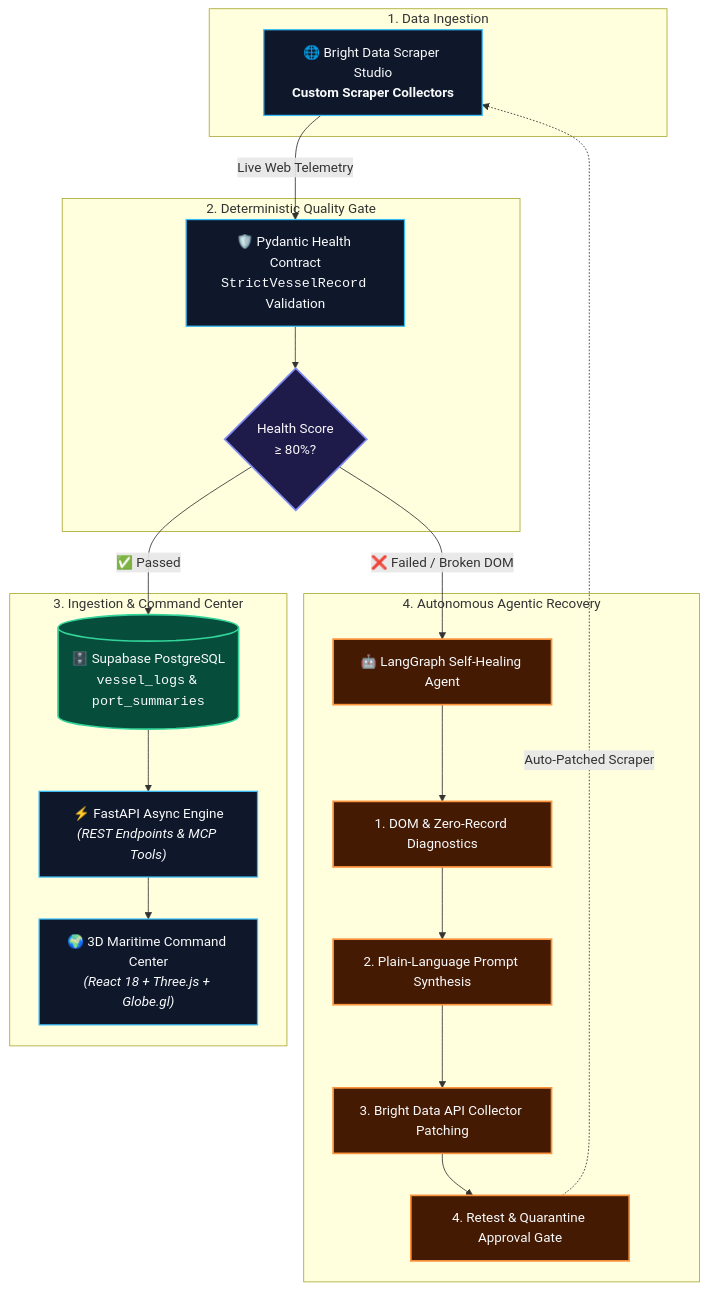
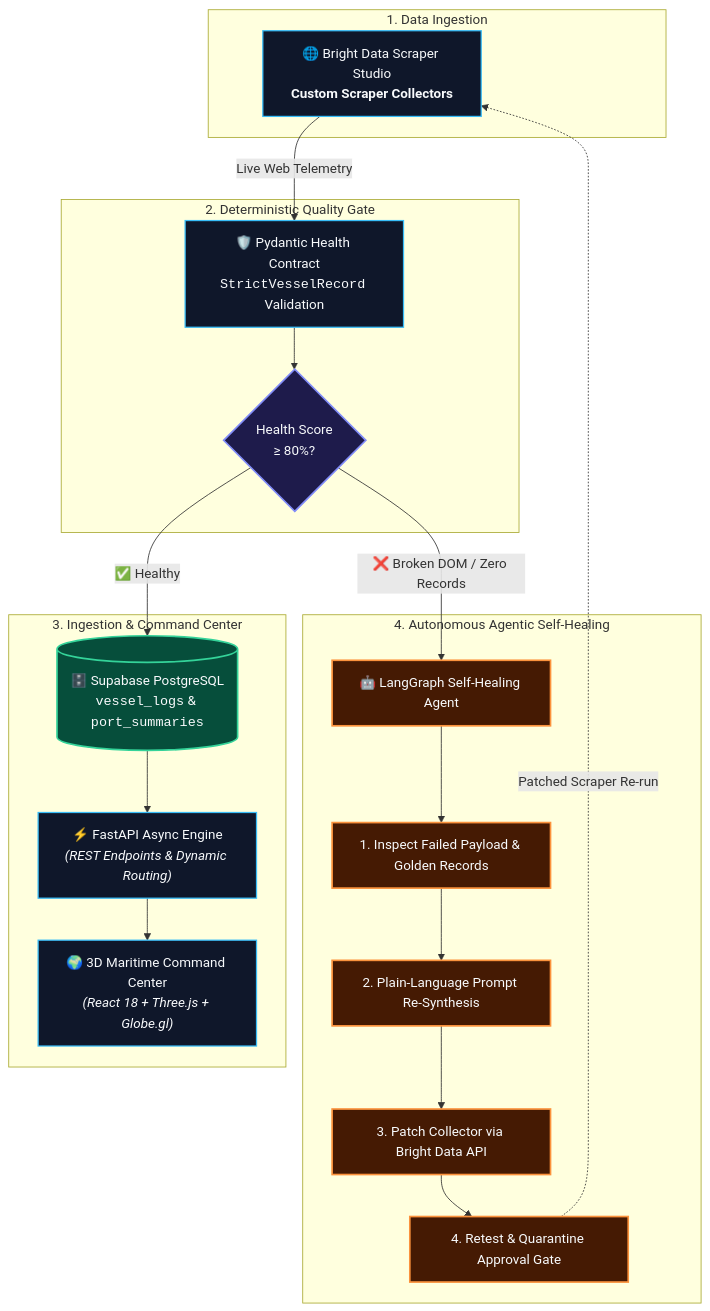
Before and after one commit to poojan-solanki/scrape-verse-hackathone: the diagram in README.md, drawn with Mermaid. The commit also changed other lines of this file and 2 other files, not shown here.

Commit message:
Add Railway URL to README and lazy-load Supabase client

````diff
--- a/README.md
+++ b/README.md
@@ -33,36 +40,36 @@
 ```mermaid
 flowchart TD
     subgraph INGESTION["1. Data Ingestion"]
         BD["🌐 Bright Data Scraper Studio<br/><b>Custom Scraper Collectors</b>"]
     end
 
     subgraph VALIDATION["2. Deterministic Quality Gate"]
         BD -->|Live Web Telemetry| PYD["🛡️ Pydantic Health Contract<br/><code>StrictVesselRecord</code> Validation"]
         PYD --> CHK{"Health Score<br/>&ge; 80%?"}
     end
 
     subgraph PERSISTENCE["3. Ingestion & Command Center"]
-        CHK -->|✅ Passed| SB[("🗄️ Supabase PostgreSQL<br/><code>vessel_logs</code> & <code>port_summaries</code>")]
-        SB --> API["⚡ FastAPI Async Engine<br/><i>(REST Endpoints & MCP Tools)</i>"]
+        CHK -->|✅ Healthy| SB[("🗄️ Supabase PostgreSQL<br/><code>vessel_logs</code> & <code>port_summaries</code>")]
+        SB --> API["⚡ FastAPI Async Engine<br/><i>(REST Endpoints & Dynamic Routing)</i>"]
         API --> UI["🌍 3D Maritime Command Center<br/><i>(React 18 + Three.js + Globe.gl)</i>"]
     end
 
-    subgraph HEALING["4. Autonomous Agentic Recovery"]
-        CHK -->|❌ Failed / Broken DOM| LG["🤖 LangGraph Self-Healing Agent"]
-        LG --> D1["1. DOM & Zero-Record Diagnostics"]
-        D1 --> D2["2. Plain-Language Prompt Synthesis"]
-        D2 --> D3["3. Bright Data API Collector Patching"]
+    subgraph HEALING["4. Autonomous Agentic Self-Healing"]
+        CHK -->|❌ Broken DOM / Zero Records| LG["🤖 LangGraph Self-Healing Agent"]
+        LG --> D1["1. Inspect Failed Payload & Golden Records"]
+        D1 --> D2["2. Plain-Language Prompt Re-Synthesis"]
+        D2 --> D3["3. Patch Collector via Bright Data API"]
         D3 --> D4["4. Retest & Quarantine Approval Gate"]
-        D4 -.->|Auto-Patched Scraper| BD
+        D4 -.->|Patched Scraper Re-run| BD
     end
 
     classDef default fill:#0f172a,stroke:#38bdf8,stroke-width:1.5px,color:#f8fafc;
     classDef success fill:#064e3b,stroke:#34d399,stroke-width:2px,color:#f8fafc;
     classDef healing fill:#451a03,stroke:#fb923c,stroke-width:2px,color:#f8fafc;
     classDef check fill:#1e1b4b,stroke:#818cf8,stroke-width:2px,color:#f8fafc;
 
     class BD,API,UI default;
     class SB success;
     class CHK check;
     class LG,D1,D2,D3,D4 healing;
 ```
````
